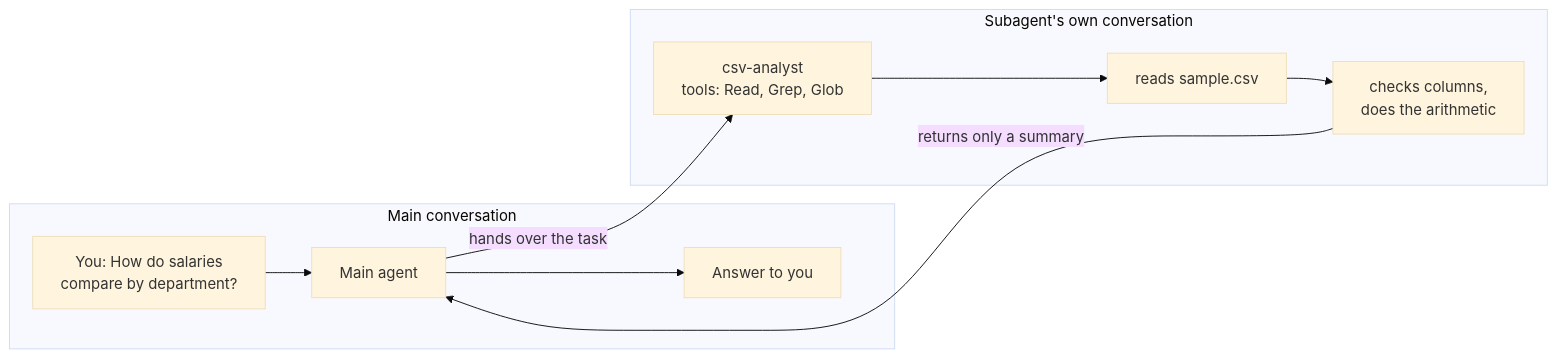
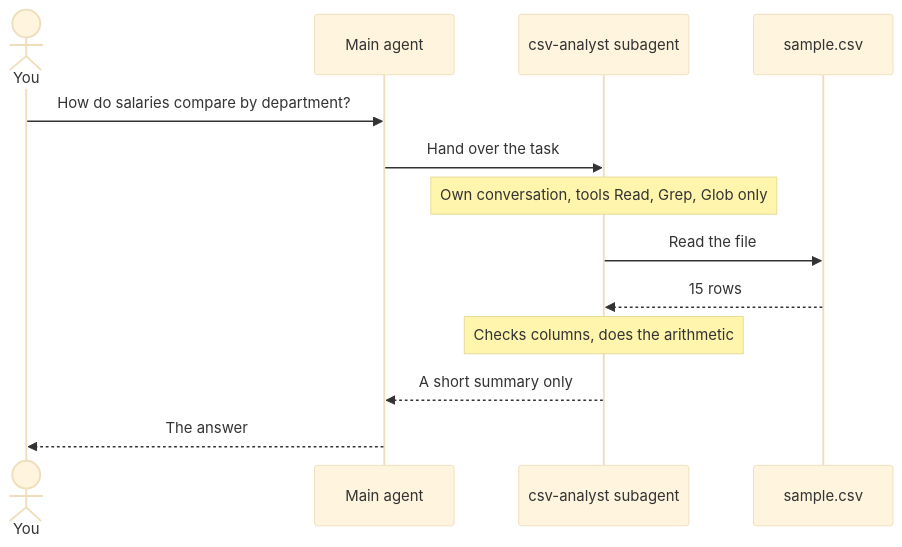
One commit to iportilla/agents changed the fifth of 10 diagrams in docs/INTRO-TO-AGENTS.md. Above: the diagram before and after it, drawn with Mermaid (base theme). The commit also changed other lines of this file, not shown here.

First line of the commit message:
Make the intro guide's diagrams readable in Typora

````diff
--- a/docs/INTRO-TO-AGENTS.md
+++ b/docs/INTRO-TO-AGENTS.md
@@ -208,13 +207,15 @@
 ```mermaid
-flowchart LR
-    subgraph Main["Main conversation"]
-        U["You: How do salaries<br/>compare by department?"] --> MA["Main agent"]
-        MA --> Ans["Answer to you"]
-    end
-    subgraph Sub["Subagent's own conversation"]
-        SA["csv-analyst<br/>tools: Read, Grep, Glob"] --> R1["reads sample.csv"]
-        R1 --> R2["checks columns,<br/>does the arithmetic"]
-    end
-    MA -->|"hands over the task"| SA
-    R2 -->|"returns only a summary"| MA
+sequenceDiagram
+    actor You
+    participant Main as Main agent
+    participant Sub as csv-analyst subagent
+    participant F as sample.csv
+    You->>Main: How do salaries compare by department?
+    Main->>Sub: Hand over the task
+    Note over Sub: Own conversation, tools Read, Grep, Glob only
+    Sub->>F: Read the file
+    F-->>Sub: 15 rows
+    Note over Sub: Checks columns, does the arithmetic
+    Sub-->>Main: A short summary only
+    Main-->>You: The answer
 ```
````
